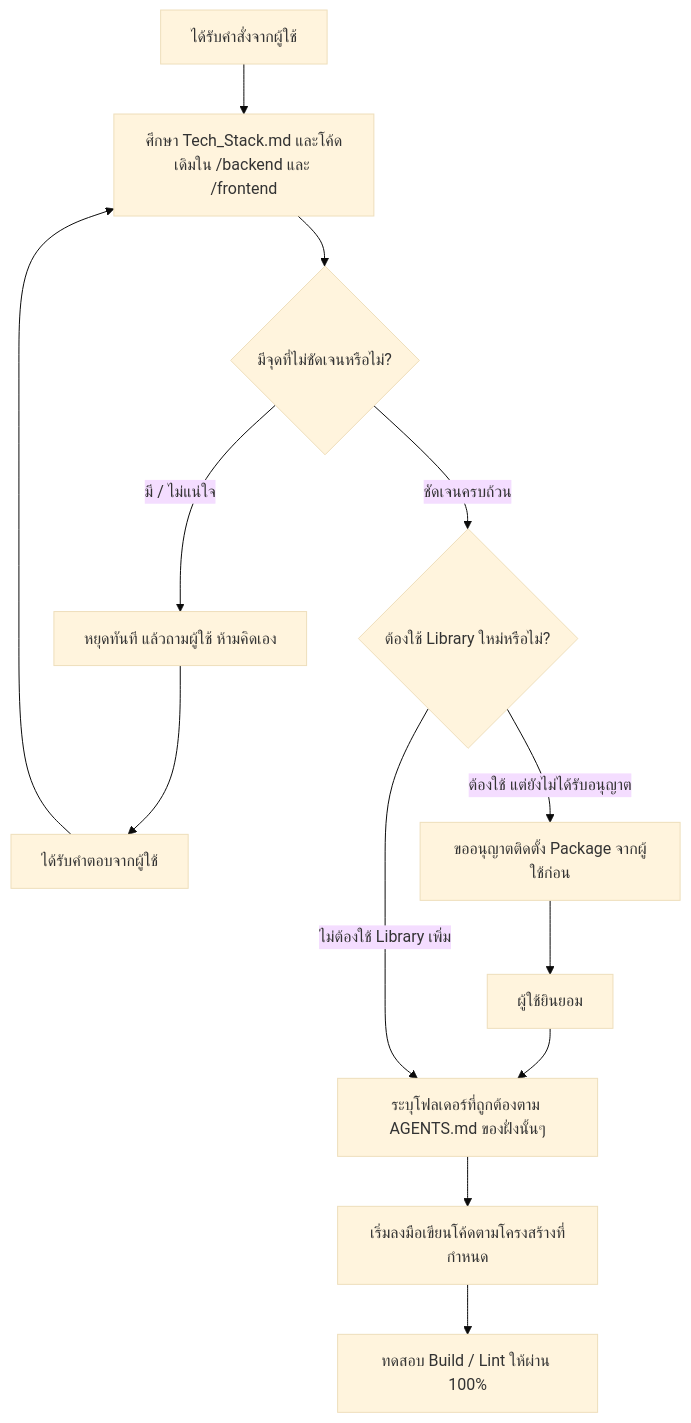
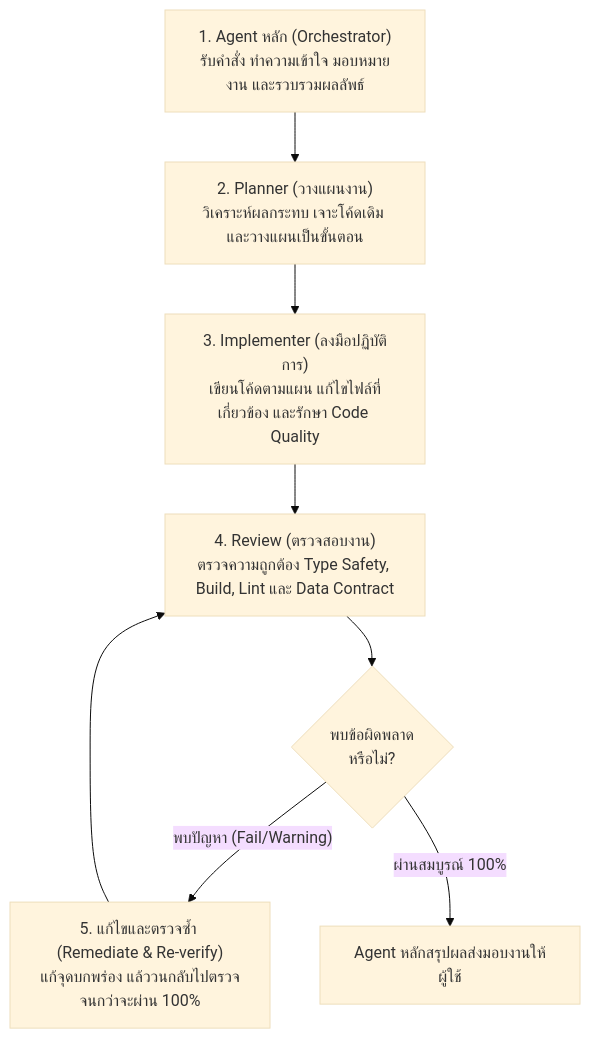
One commit to IamPanawatDev/PocketWise changed the diagram in GEMINI.md. Above: the diagram before and after it, drawn with Mermaid (base theme). The commit also changed other lines of this file and 1 other file, not shown here.

Commit message:
docs(rules): enforce mandatory 5-step agent workflow (orchestrator, planner, implementer, review, fix-loop) (#45)

````diff
--- a/GEMINI.md
+++ b/GEMINI.md
@@ -94,15 +101,10 @@
 ```mermaid
 flowchart TD
-    A["ได้รับคำสั่งจากผู้ใช้"] --> B["ศึกษา Tech_Stack.md และโค้ดเดิมใน /backend และ /frontend"]
-    B --> C{"มีจุดที่ไม่ชัดเจนหรือไม่?"}
-    C -- "มี / ไม่แน่ใจ" --> D["หยุดทันที แล้วถามผู้ใช้ ห้ามคิดเอง"]
-    D --> E["ได้รับคำตอบจากผู้ใช้"]
-    E --> B
-    C -- "ชัดเจนครบถ้วน" --> F{"ต้องใช้ Library ใหม่หรือไม่?"}
-    F -- "ต้องใช้ แต่ยังไม่ได้รับอนุญาต" --> G["ขออนุญาตติดตั้ง Package จากผู้ใช้ก่อน"]
-    G --> H["ผู้ใช้ยินยอม"]
-    H --> I["ระบุโฟลเดอร์ที่ถูกต้องตาม AGENTS.md ของฝั่งนั้นๆ"]
-    F -- "ไม่ต้องใช้ Library เพิ่ม" --> I
-    I --> J["เริ่มลงมือเขียนโค้ดตามโครงสร้างที่กำหนด"]
-    J --> K["ทดสอบ Build / Lint ให้ผ่าน 100%"]
+    Step1["1. Agent หลัก (Orchestrator)\nรับคำสั่ง ทำความเข้าใจ มอบหมายงาน และรวบรวมผลลัพธ์"] --> Step2["2. Planner (วางแผนงาน)\nวิเคราะห์ผลกระทบ เจาะโค้ดเดิม และวางแผนเป็นขั้นตอน"]
+    Step2 --> Step3["3. Implementer (ลงมือปฏิบัติการ)\nเขียนโค้ดตามแผน แก้ไขไฟล์ที่เกี่ยวข้อง และรักษา Code Quality"]
+    Step3 --> Step4["4. Review (ตรวจสอบงาน)\nตรวจความถูกต้อง Type Safety, Build, Lint และ Data Contract"]
+    Step4 --> Check{"พบข้อผิดพลาด\nหรือไม่?"}
+    Check -- "พบปัญหา (Fail/Warning)" --> Step5["5. แก้ไขและตรวจซ้ำ (Remediate & Re-verify)\nแก้จุดบกพร่อง แล้ววนกลับไปตรวจจนกว่าจะผ่าน 100%"]
+    Step5 --> Step4
+    Check -- "ผ่านสมบูรณ์ 100%" --> Done["Agent หลักสรุปผลส่งมอบงานให้ผู้ใช้"]
 ```
````
